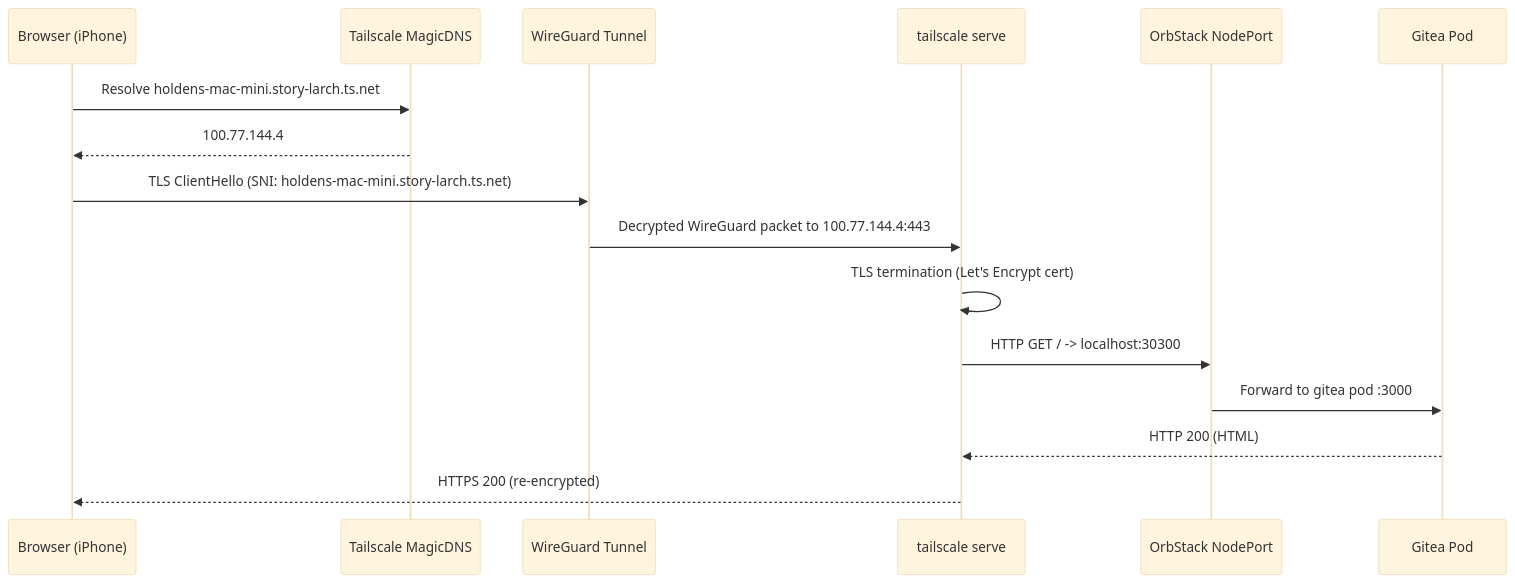
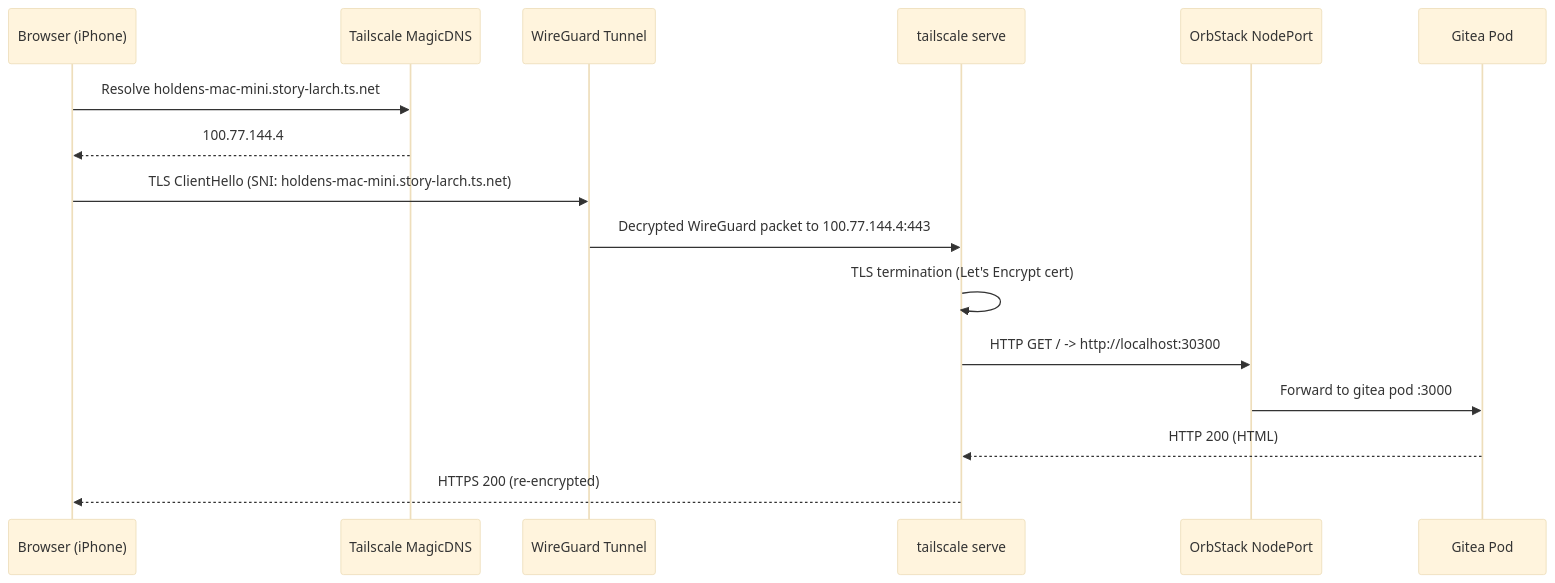
The second of 4 diagrams in docs/networking.md (haingth77/homelab), drawn with Mermaid (base theme) before and after one commit. The commit also changed other lines of this file and 12 other files, not shown here.

````diff
--- a/docs/networking.md
+++ b/docs/networking.md
@@ -61,19 +66,19 @@
 ```mermaid
 sequenceDiagram
     participant Browser as Browser (iPhone)
     participant MagicDNS as Tailscale MagicDNS
     participant WG as WireGuard Tunnel
     participant TServe as tailscale serve
     participant NodePort as OrbStack NodePort
     participant Pod as Gitea Pod
 
     Browser->>MagicDNS: Resolve holdens-mac-mini.story-larch.ts.net
     MagicDNS-->>Browser: 100.77.144.4
     Browser->>WG: TLS ClientHello (SNI: holdens-mac-mini.story-larch.ts.net)
     WG->>TServe: Decrypted WireGuard packet to 100.77.144.4:443
     TServe->>TServe: TLS termination (Let's Encrypt cert)
-    TServe->>NodePort: HTTP GET / -> localhost:30300
+    TServe->>NodePort: HTTP GET / -> http://localhost:30300
     NodePort->>Pod: Forward to gitea pod :3000
     Pod-->>TServe: HTTP 200 (HTML)
     TServe-->>Browser: HTTPS 200 (re-encrypted)
 ```
````
